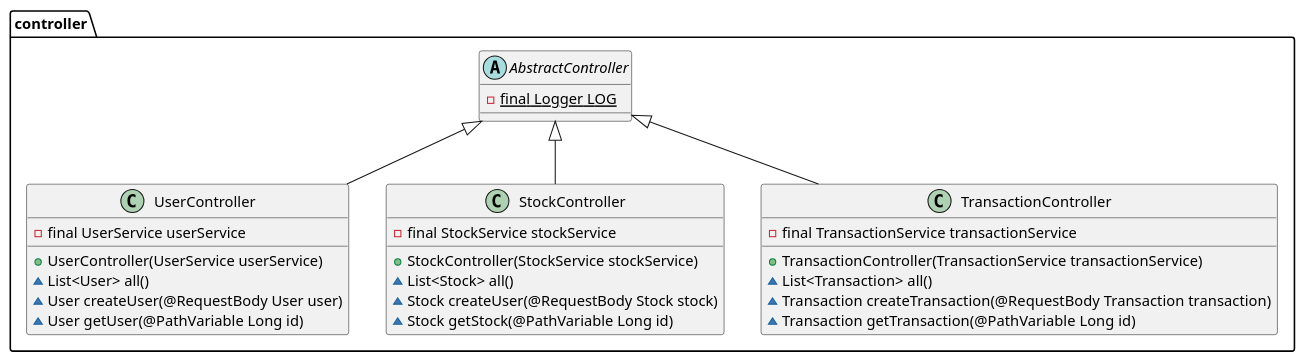
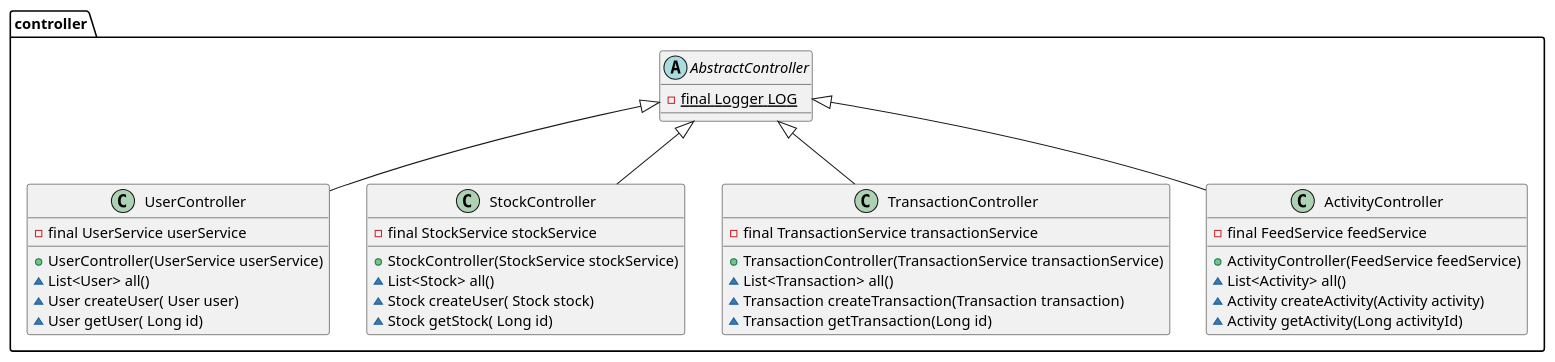
The diagram in backend/diagram/class/ControllerPackage.puml (DPigeon/Money-Tree), drawn with PlantUML before and after one commit. The commit also changed 2 other files, not shown here.

Commit message:
Isue #63: addition of activity service, dao and controller

```diff
--- a/backend/diagram/class/ControllerPackage.puml
+++ b/backend/diagram/class/ControllerPackage.puml
@@ -1,33 +1,41 @@
 @startuml
 
 package controller {
     abstract class AbstractController {
         -{static} final Logger LOG
     }
 
     class UserController extends AbstractController {
         -final UserService userService
         +UserController(UserService userService)
         ~List<User> all()
-        ~User createUser(@RequestBody User user)
-        ~User getUser(@PathVariable Long id)
+        ~User createUser( User user)
+        ~User getUser( Long id)
     }
 
     class StockController extends AbstractController {
         -final StockService stockService
         +StockController(StockService stockService)
         ~List<Stock> all()
-        ~Stock createUser(@RequestBody Stock stock)
-        ~Stock getStock(@PathVariable Long id)
+        ~Stock createUser( Stock stock)
+        ~Stock getStock( Long id)
     }
 
     class TransactionController extends AbstractController {
         -final TransactionService transactionService
         +TransactionController(TransactionService transactionService)
         ~List<Transaction> all()
-        ~Transaction createTransaction(@RequestBody Transaction transaction)
-        ~Transaction getTransaction(@PathVariable Long id)
+        ~Transaction createTransaction(Transaction transaction)
+        ~Transaction getTransaction(Long id)
+    }
+
+    class ActivityController extends AbstractController {
+        -final FeedService feedService
+        +ActivityController(FeedService feedService)
+        ~List<Activity> all()
+        ~Activity createActivity(Activity activity)
+        ~Activity getActivity(Long activityId)
     }
 }
 
 @enduml
```
